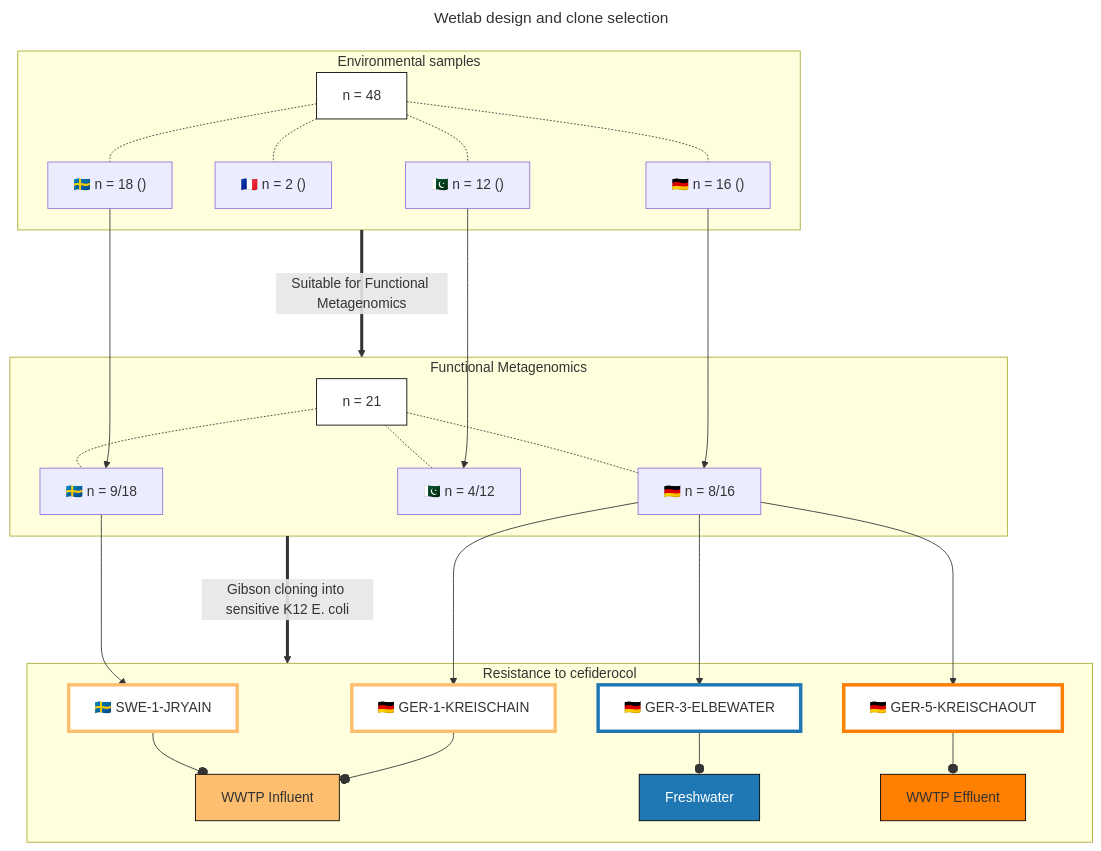
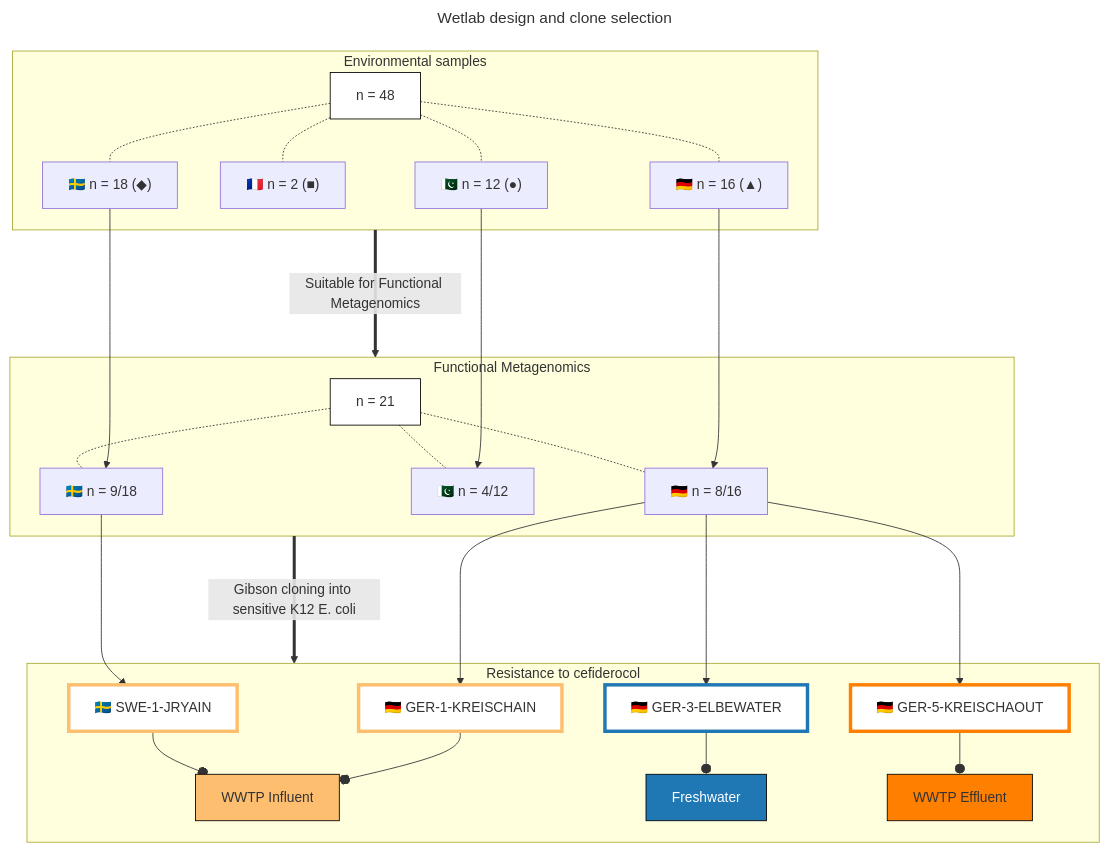
The first of 2 diagrams in README.md (RemiGSC/Mgf_FDC), drawn with Mermaid before and after one commit.

````diff
--- a/README.md
+++ b/README.md
@@ -9,54 +9,54 @@
 ```mermaid
 ---
 title: Wetlab design and clone selection
 ---
 flowchart TD
 	subgraph ev [Environmental samples]
-		A[n = 48] -.- A1["🇸🇪 n = 18 ()"]
-		A -.- A2["🇫🇷 n = 2 ()"]
-		A -.- A3["🇩🇪 n = 16 ()"]
-		A -.- A4["🇵🇰 n = 12 ()"]
+		A[n = 48] -.- A1["🇸🇪 n = 18 (◆)"]
+		A -.- A2["🇫🇷 n = 2 (■)"]
+		A -.- A3["🇩🇪 n = 16 (▲)"]
+		A -.- A4["🇵🇰 n = 12 (●)"]
 	end
 
 	subgraph fmg [Functional Metagenomics]
 		B[n = 21] -.- B1[🇸🇪 n = 9/18]
 		B -.- B3[🇩🇪 n = 8/16]
 		B -.- B4[🇵🇰 n = 4/12]
 	end
 
 	subgraph Rcef [Resistance to cefiderocol]
 			C1[🇸🇪 SWE-1-JRYAIN] --o WWIN[WWTP Influent]
 			C3a[🇩🇪 GER-1-KREISCHAIN] --o WWIN[WWTP Influent]
 			C3b[🇩🇪 GER-3-ELBEWATER] --o Fresh[Freshwater]
 			C3c[🇩🇪 GER-5-KREISCHAOUT] --o WWEF[WWTP Effluent]
 	end
 
 
 ev ==>|Suitable for Functional Metagenomics| fmg
 
 fmg ==>|Gibson cloning into sensitive K12 E. coli| Rcef
 
 A1 ----> B1
 A3 ----> B3
 A4 ----> B4
 
 B1 ---> C1
 B3 ---> C3a
 B3 ---> C3b
 B3 ---> C3c
 
 style A stroke:#000,fill:#fff
 style B stroke:#000,fill:#fff
 
 style C1 stroke:#fdbf6f,fill:#fff,stroke-width:4px
 style C3a stroke:#fdbf6f,fill:#fff,stroke-width:4px
 style C3b stroke:#1f78b4,fill:#fff,stroke-width:4px
 style C3c stroke:#ff7f00,fill:#fff,stroke-width:4px
 
 
 style WWIN stroke:#000,fill:#fdbf6f
 style Fresh stroke:#000,fill:#1f78b4,color:#fff
 style WWEF stroke:#000,fill:#ff7f00
 
 
 ```
````
